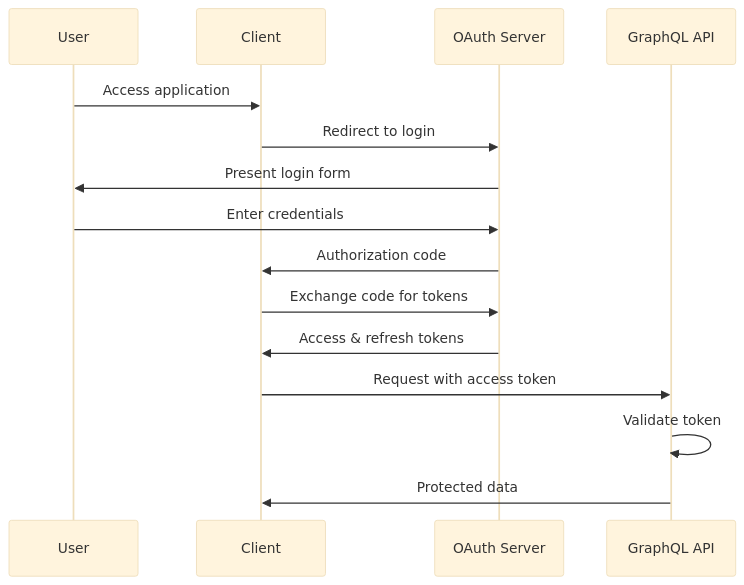
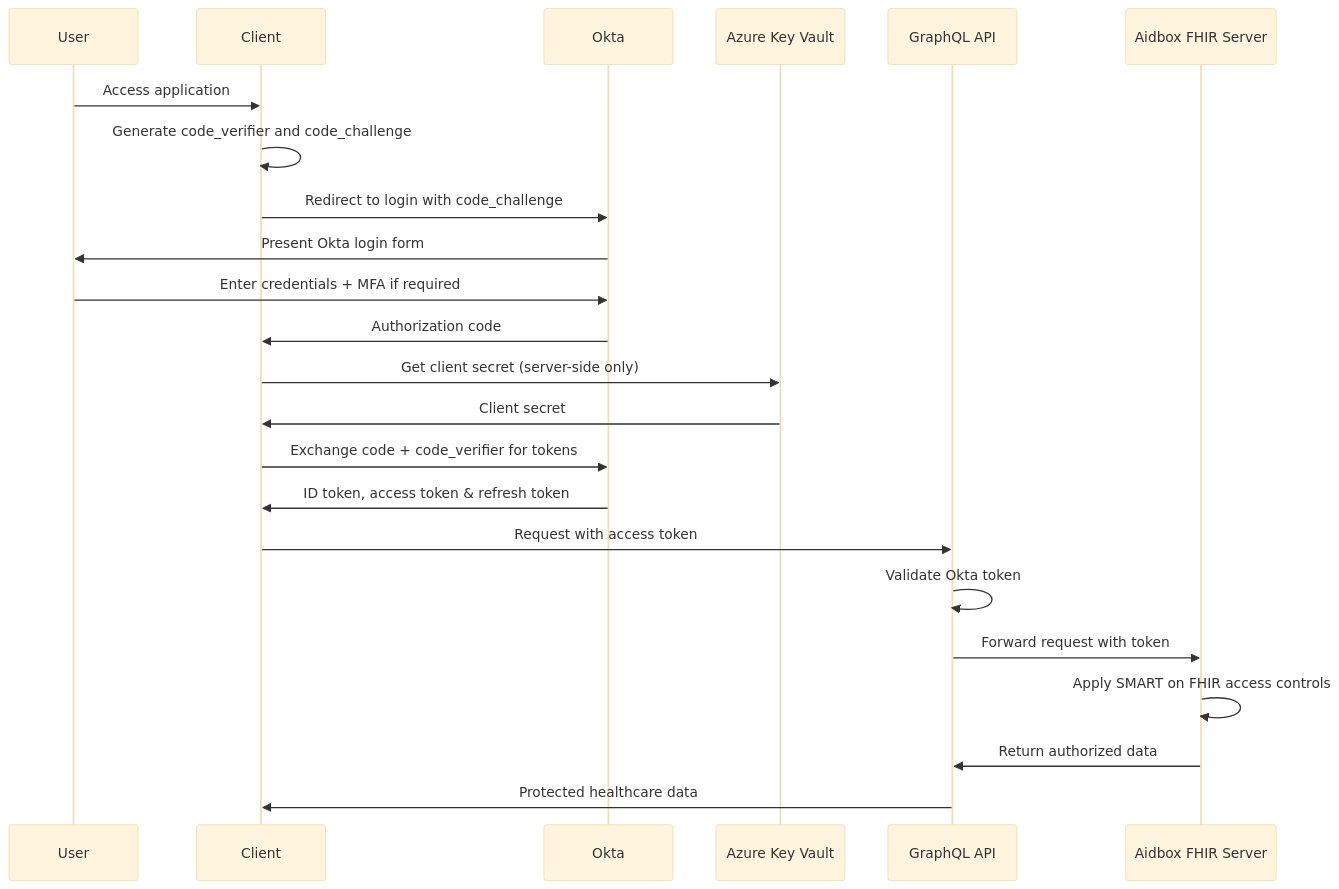
The diagram in docs/architecture/core_components/federated-graph-api/02-core-functionality/authentication.md (ryan-norman-cmm/cmm-reference-architecture), drawn with Mermaid (base theme) before and after one commit. The commit also changed other lines of this file and 2 other files, not shown here.

First line of the commit message:
docs: update Federated GraphQL API documentation to align with technology standards

````diff
--- a/docs/architecture/core_components/federated-graph-api/02-core-functionality/authentication.md
+++ b/docs/architecture/core_components/federated-graph-api/02-core-functionality/authentication.md
@@ -30,18 +43,26 @@
 ```mermaid
 sequenceDiagram
     participant User
     participant Client
-    participant AuthServer as OAuth Server
+    participant Okta
+    participant KeyVault as Azure Key Vault
     participant API as GraphQL API
+    participant Aidbox as Aidbox FHIR Server
     
     User->>Client: Access application
-    Client->>AuthServer: Redirect to login
-    AuthServer->>User: Present login form
-    User->>AuthServer: Enter credentials
-    AuthServer->>Client: Authorization code
-    Client->>AuthServer: Exchange code for tokens
-    AuthServer->>Client: Access & refresh tokens
+    Client->>Client: Generate code_verifier and code_challenge
+    Client->>Okta: Redirect to login with code_challenge
+    Okta->>User: Present Okta login form
+    User->>Okta: Enter credentials + MFA if required
+    Okta->>Client: Authorization code
+    Client->>KeyVault: Get client secret (server-side only)
+    KeyVault->>Client: Client secret
+    Client->>Okta: Exchange code + code_verifier for tokens
+    Okta->>Client: ID token, access token & refresh token
     Client->>API: Request with access token
-    API->>API: Validate token
-    API->>Client: Protected data
+    API->>API: Validate Okta token
+    API->>Aidbox: Forward request with token
+    Aidbox->>Aidbox: Apply SMART on FHIR access controls
+    Aidbox->>API: Return authorized data
+    API->>Client: Protected healthcare data
 ```
````
